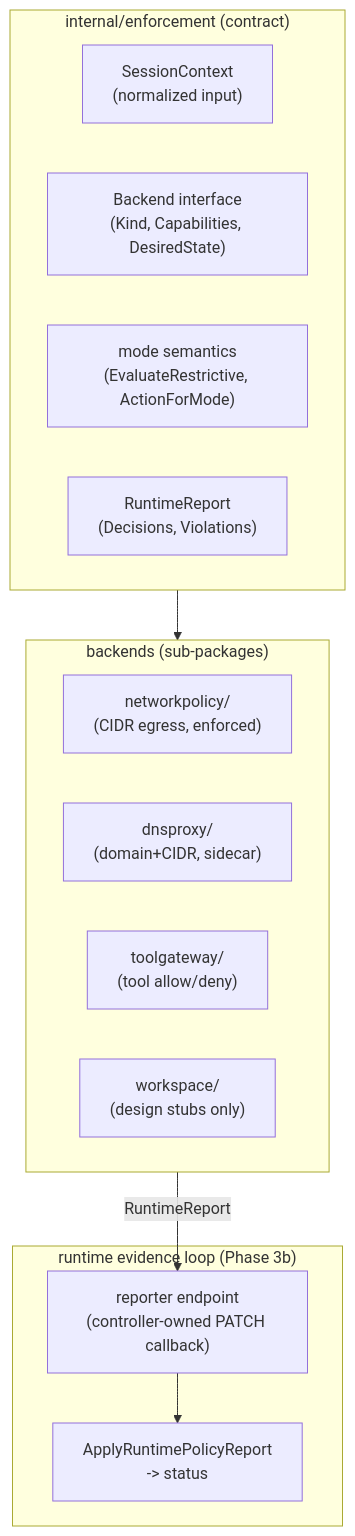
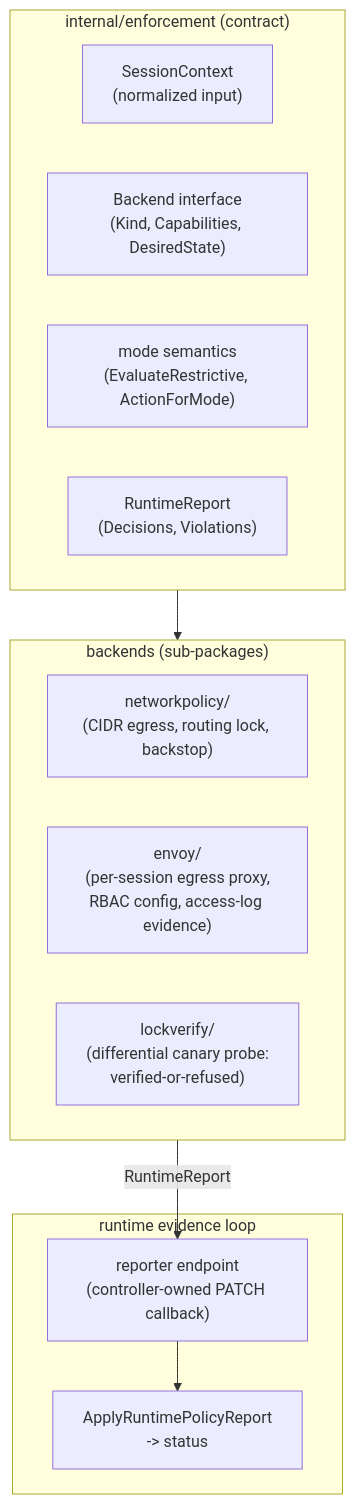
The seventh of 7 diagrams in docs/design/architecture.md (grantbarry29/Scrutineer), drawn with Mermaid before and after one commit. The commit also changed other lines of this file and 51 other files, not shown here.

````diff
--- a/docs/design/architecture.md
+++ b/docs/design/architecture.md
@@ -266,21 +270,20 @@
 ```mermaid
 flowchart TB
     subgraph contract["internal/enforcement (contract)"]
         sc["SessionContext\n(normalized input)"]
         be["Backend interface\n(Kind, Capabilities, DesiredState)"]
         mode["mode semantics\n(EvaluateRestrictive, ActionForMode)"]
         rr["RuntimeReport\n(Decisions, Violations)"]
     end
     subgraph backends["backends (sub-packages)"]
-        npb["networkpolicy/\n(CIDR egress, enforced)"]
-        dns["dnsproxy/\n(domain+CIDR, sidecar)"]
-        tg["toolgateway/\n(tool allow/deny)"]
-        ws["workspace/\n(design stubs only)"]
+        npb["networkpolicy/\n(CIDR egress, routing lock, backstop)"]
+        env["envoy/\n(per-session egress proxy,\nRBAC config, access-log evidence)"]
+        lv["lockverify/\n(differential canary probe:\nverified-or-refused)"]
     end
-    subgraph loop["runtime evidence loop (Phase 3b)"]
+    subgraph loop["runtime evidence loop"]
         rep["reporter endpoint\n(controller-owned PATCH callback)"]
         apply["ApplyRuntimePolicyReport\n-> status"]
     end
     contract --> backends
     backends -- "RuntimeReport" --> rep --> apply
 ```
````
